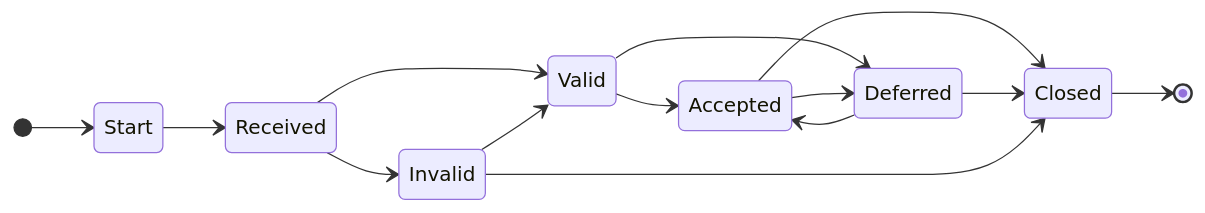
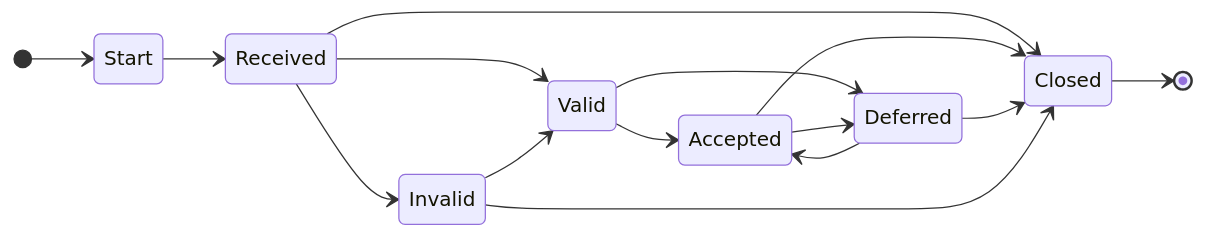
The seventh of 12 diagrams in docs/topics/process_models/rm/index.md (CERTCC/Vultron), drawn with Mermaid before and after one commit. The commit also changed other lines of this file and 40 other files, not shown here.

````diff
--- a/docs/topics/process_models/rm/index.md
+++ b/docs/topics/process_models/rm/index.md
@@ -337,17 +338,18 @@
 ```mermaid
 stateDiagram-v2
     direction LR
     [*] --> Start
     Start --> Received
     Received --> Invalid
     Received --> Valid
     Invalid --> Valid
     Valid --> Accepted
     Valid --> Deferred
     Accepted --> Deferred
     Deferred --> Accepted
+    Received --> Closed
     Accepted --> Closed
     Deferred --> Closed
     Invalid --> Closed
     Closed --> [*]
 ```
````
